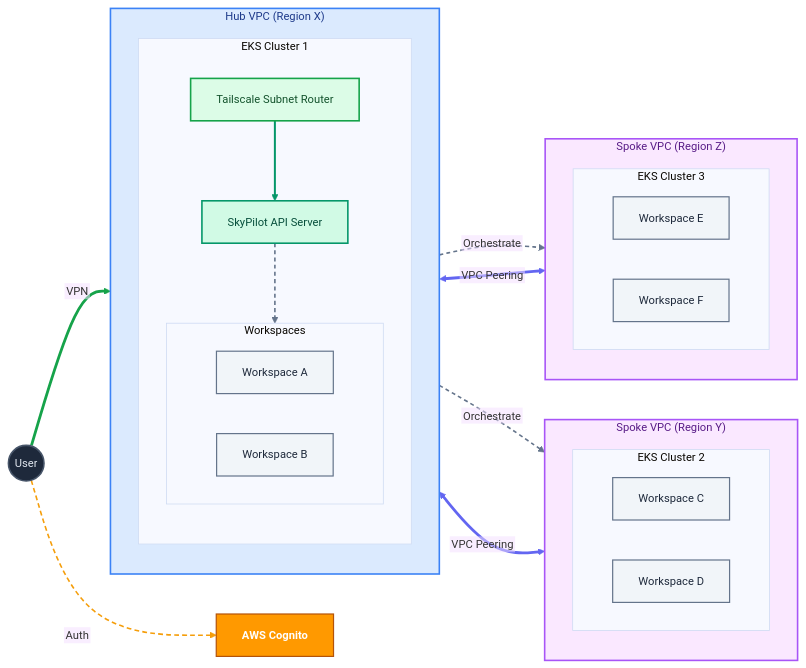
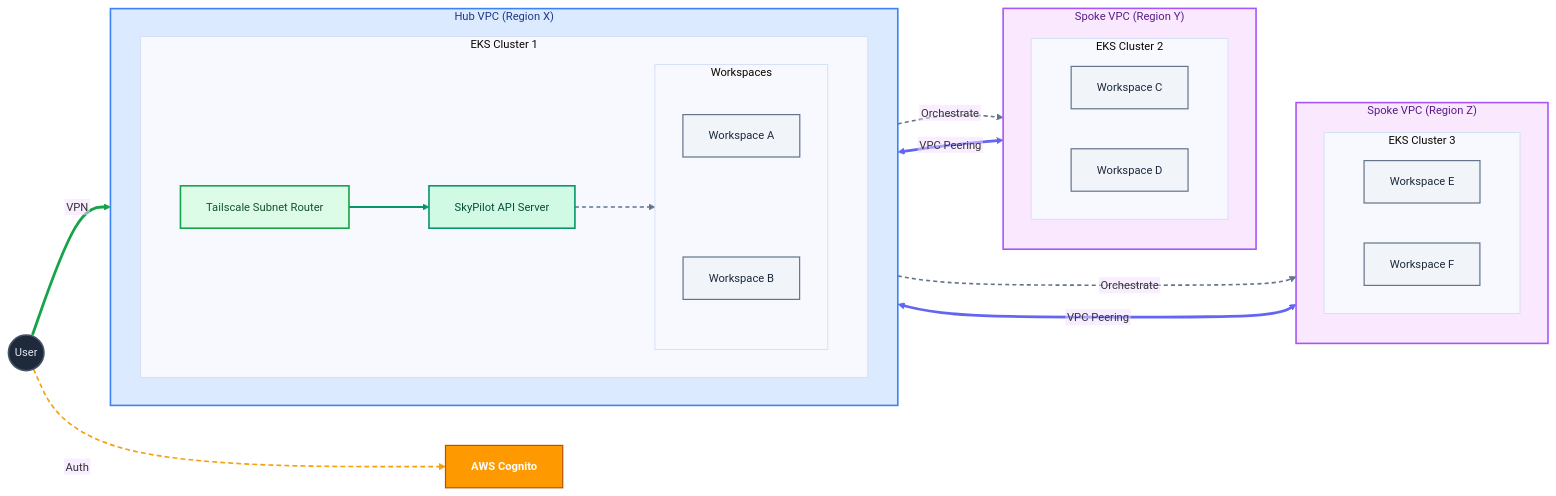
The diagram in projects/skypilot-multi-tenant/README.md (roulbac/pulumi-eks-ml), drawn with Mermaid before and after one commit.

Commit message:
Fix and improve SkyPilot multi-tenant architecture diagram (#9)

```diff
--- a/projects/skypilot-multi-tenant/README.md
+++ b/projects/skypilot-multi-tenant/README.md
@@ -41,16 +41,16 @@
     Cognito[AWS Cognito]:::aws
 
     subgraph HubVPC ["Hub VPC (Region X)"]
-        direction TB
+        direction LR
 
         subgraph HubEKS [EKS Cluster 1]
-            direction TB
+            direction LR
 
             Tailscale[Tailscale Subnet Router]:::vpn
             API[SkyPilot API Server]:::api
 
             subgraph HubWorkspaces [Workspaces]
-                direction LR
+                direction TB
                 WA[Workspace A]:::node
                 WB[Workspace B]:::node
             end
@@ -87,6 +87,12 @@
     HubVPC <==>|VPC Peering| Spoke1
     HubVPC <==>|VPC Peering| Spoke2
 
+    %% invisible link: lay the two spoke VPCs out side by side (horizontal row)
+    EKS2 ~~~ EKS3
+
+    %% invisible link: stack the hub workspaces vertically
+    WA ~~~ WB
+
     class HubVPC hub;
     class Spoke1,Spoke2 spoke;
 
@@ -97,6 +103,7 @@
     %% 3: User ==> Tailscale
     %% 4-5: API -.-> EKS2/EKS3 (cross-region orchestration)
     %% 6-7: HubVPC <==> Spoke1/Spoke2 (VPC peering)
+    %% 8-9: EKS2 ~~~ EKS3, WA ~~~ WB (invisible layout links, left unstyled)
     linkStyle 0 stroke:#059669,stroke-width:2.5px;
     linkStyle 1,4,5 stroke:#64748b,stroke-width:2px,stroke-dasharray:5 4;
     linkStyle 2 stroke:#f59e0b,stroke-width:2px,stroke-dasharray:6 4;
```
